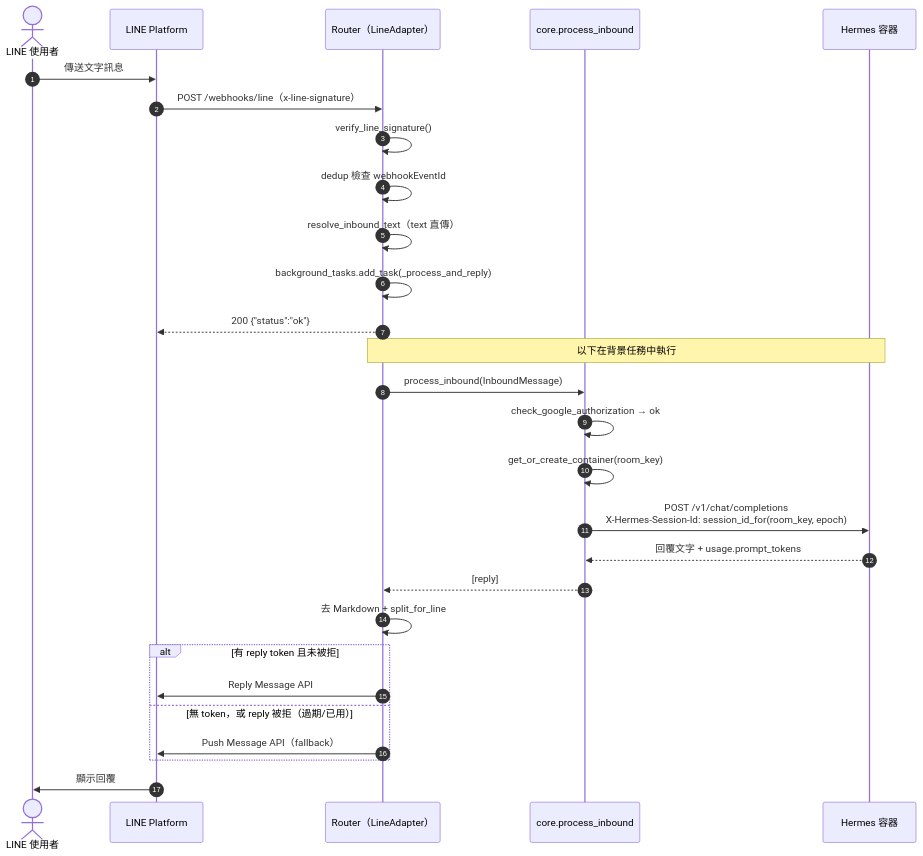
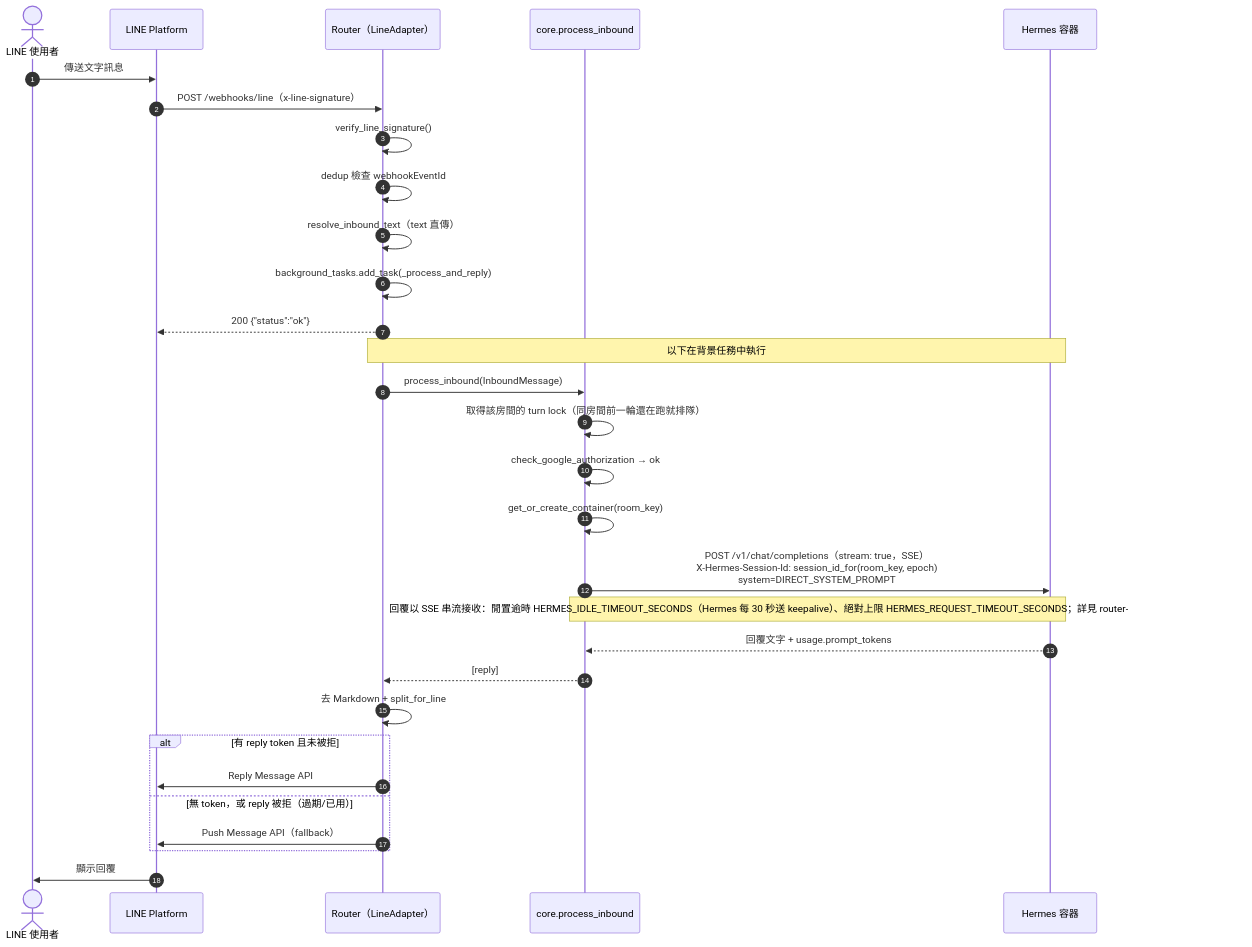
The first of 9 diagrams in docs/sequence-diagrams.md (marychouchou/alice-office), drawn with Mermaid before and after one commit. The commit also changed other lines of this file and 9 other files, not shown here.

First line of the commit message:
docs: document the LINE loading indicator, direct-chat system prompt, and OCR/context-window fixes

````diff
--- a/docs/sequence-diagrams.md
+++ b/docs/sequence-diagrams.md
@@ -15,31 +15,33 @@
 ```mermaid
 sequenceDiagram
     autonumber
     actor U as LINE 使用者
     participant LP as LINE Platform
     participant R as Router（LineAdapter）
     participant C as core.process_inbound
     participant H as Hermes 容器
 
     U->>LP: 傳送文字訊息
     LP->>R: POST /webhooks/line（x-line-signature）
     R->>R: verify_line_signature()
     R->>R: dedup 檢查 webhookEventId
     R->>R: resolve_inbound_text（text 直傳）
     R->>R: background_tasks.add_task(_process_and_reply)
     R-->>LP: 200 {"status":"ok"}
     Note over R,H: 以下在背景任務中執行
     R->>C: process_inbound(InboundMessage)
+    C->>C: 取得該房間的 turn lock（同房間前一輪還在跑就排隊）
     C->>C: check_google_authorization → ok
     C->>C: get_or_create_container(room_key)
-    C->>H: POST /v1/chat/completions<br/>X-Hermes-Session-Id: session_id_for(room_key, epoch)
+    C->>H: POST /v1/chat/completions（stream: true，SSE）<br/>X-Hermes-Session-Id: session_id_for(room_key, epoch)<br/>system=DIRECT_SYSTEM_PROMPT
+    Note over C,H: 回覆以 SSE 串流接收：閒置逾時 HERMES_IDLE_TIMEOUT_SECONDS（Hermes 每 30 秒送 keepalive）、絕對上限 HERMES_REQUEST_TIMEOUT_SECONDS；詳見 router-hermes-agent-protocol.md
     H-->>C: 回覆文字 + usage.prompt_tokens
     C-->>R: [reply]
     R->>R: 去 Markdown + split_for_line
     alt 有 reply token 且未被拒
         R->>LP: Reply Message API
     else 無 token，或 reply 被拒（過期/已用）
         R->>LP: Push Message API（fallback）
     end
     LP->>U: 顯示回覆
 ```
````
